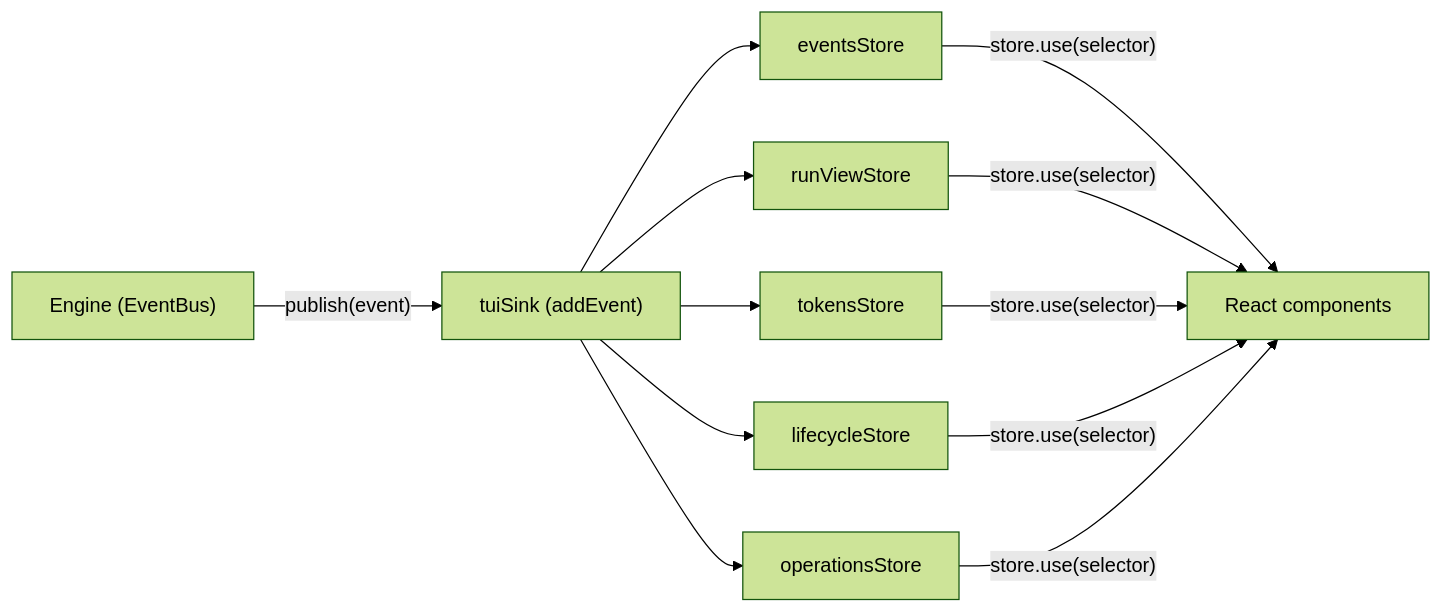
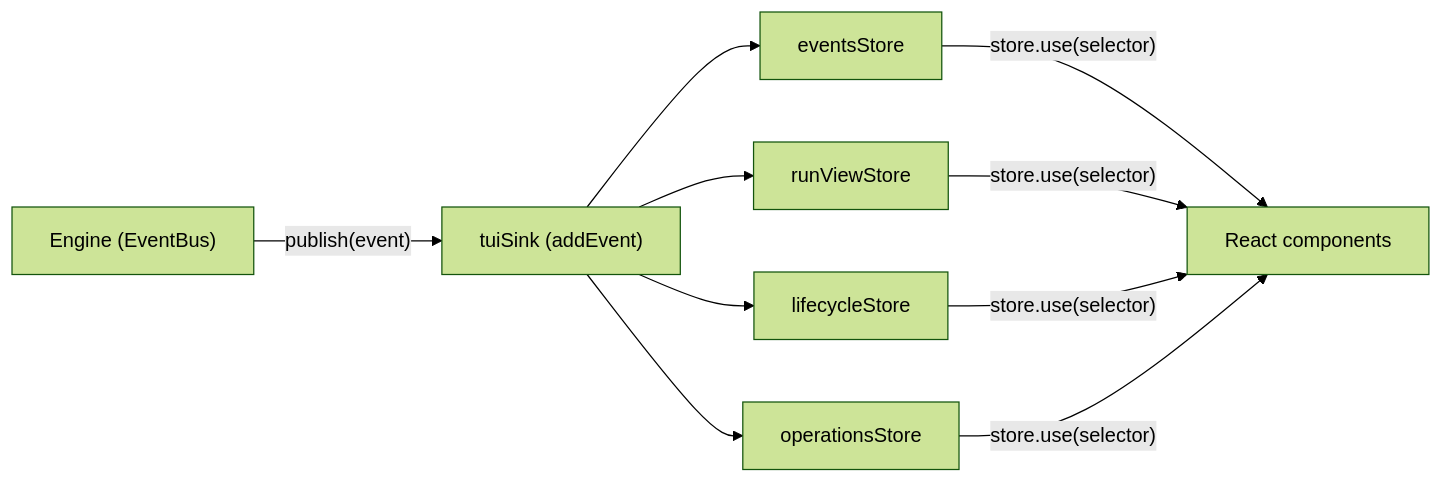
The diagram in docs/STORES-AND-UI.md (b4r7x/splitbrief), drawn with Mermaid (forest theme) before and after one commit. The commit also changed other lines of this file and 578 other files, not shown here.

````diff
--- a/docs/STORES-AND-UI.md
+++ b/docs/STORES-AND-UI.md
@@ -62,23 +62,20 @@
 ```mermaid
 flowchart LR
   Engine["Engine (EventBus)"]
   Sink["tuiSink (addEvent)"]
   Events["eventsStore"]
   RunView["runViewStore"]
-  Tokens["tokensStore"]
   Lifecycle["lifecycleStore"]
   Operations["operationsStore"]
   React["React components"]
 
   Engine -->|"publish(event)"| Sink
   Sink --> Events
   Sink --> RunView
-  Sink --> Tokens
   Sink --> Lifecycle
   Sink --> Operations
   Events -->|"store.use(selector)"| React
   RunView -->|"store.use(selector)"| React
-  Tokens -->|"store.use(selector)"| React
   Lifecycle -->|"store.use(selector)"| React
   Operations -->|"store.use(selector)"| React
 ```
````
